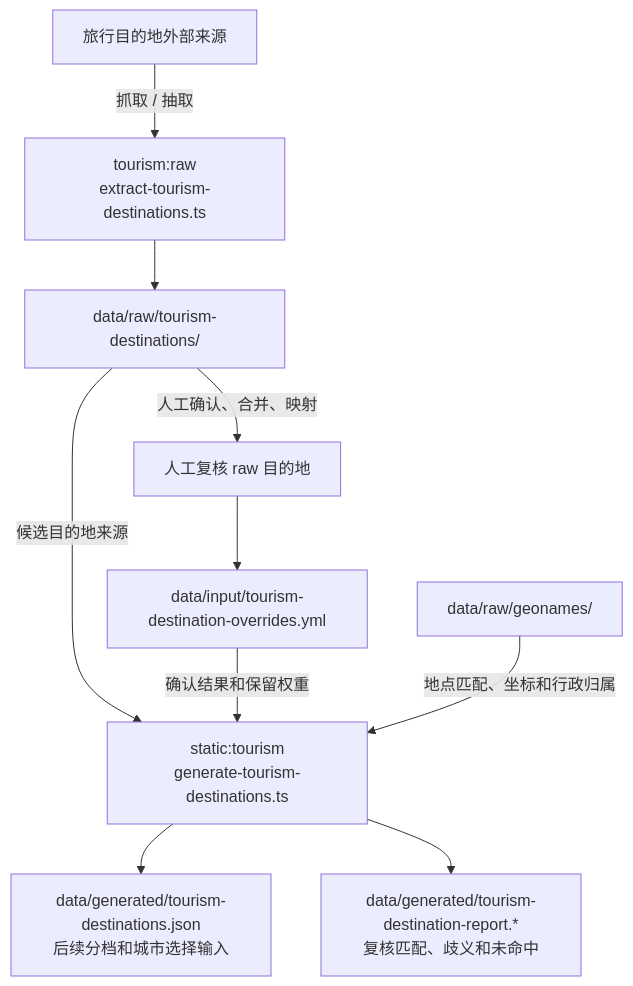
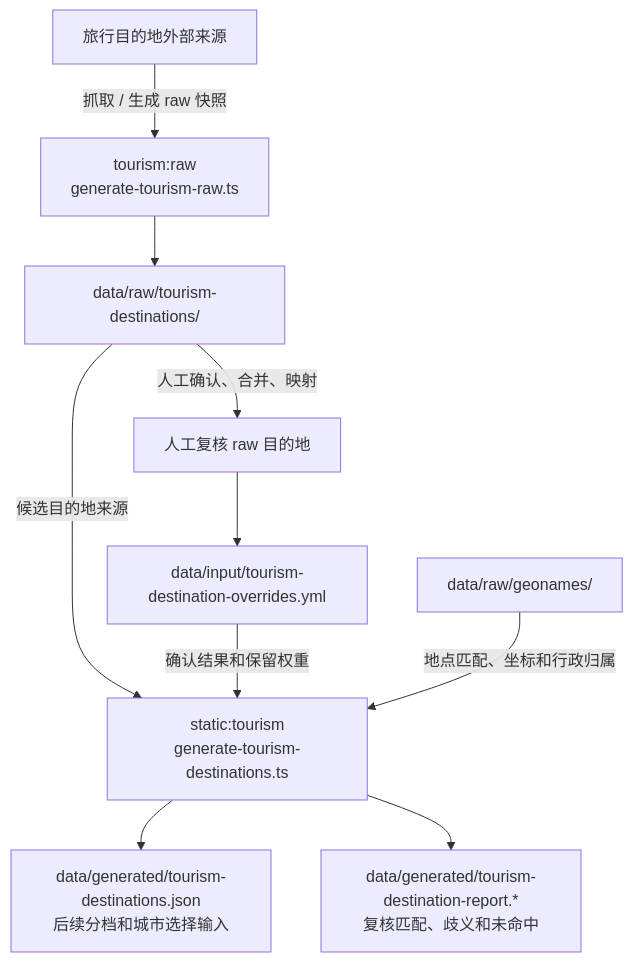
One commit to xiaomingio/weather-trip changed the second of 6 diagrams in docs/specs/31-data-flow.md. Above: the diagram before and after it, drawn with Mermaid. The commit also changed other lines of this file and 739 other files, not shown here.

````diff
--- a/docs/specs/31-data-flow.md
+++ b/docs/specs/31-data-flow.md
@@ -131,20 +131,20 @@
 ```mermaid
 flowchart TB
   externalTourism["旅行目的地外部来源"]
-  extractTourism["tourism:raw<br/>extract-tourism-destinations.ts"]
+  generateTourismRaw["tourism:raw<br/>generate-tourism-raw.ts"]
   rawTourism["data/raw/tourism-destinations/"]
   tourismReview["人工复核 raw 目的地"]
   tourismInput["data/input/tourism-destination-overrides.yml"]
   rawGeonames["data/raw/geonames/"]
   generateTourism["static:tourism<br/>generate-tourism-destinations.ts"]
   tourismData["data/generated/tourism-destinations.json<br/>后续分档和城市选择输入"]
   tourismReport["data/generated/tourism-destination-report.*<br/>复核匹配、歧义和未命中"]
 
-  externalTourism -->|抓取 / 抽取| extractTourism --> rawTourism
+  externalTourism -->|抓取 / 生成 raw 快照| generateTourismRaw --> rawTourism
   rawTourism -->|人工确认、合并、映射| tourismReview --> tourismInput
   rawTourism -->|候选目的地来源| generateTourism
   tourismInput -->|确认结果和保留权重| generateTourism
   rawGeonames -->|地点匹配、坐标和行政归属| generateTourism
   generateTourism --> tourismData
   generateTourism --> tourismReport
 ```
````
